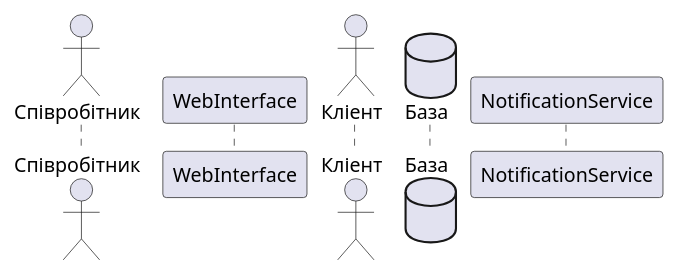
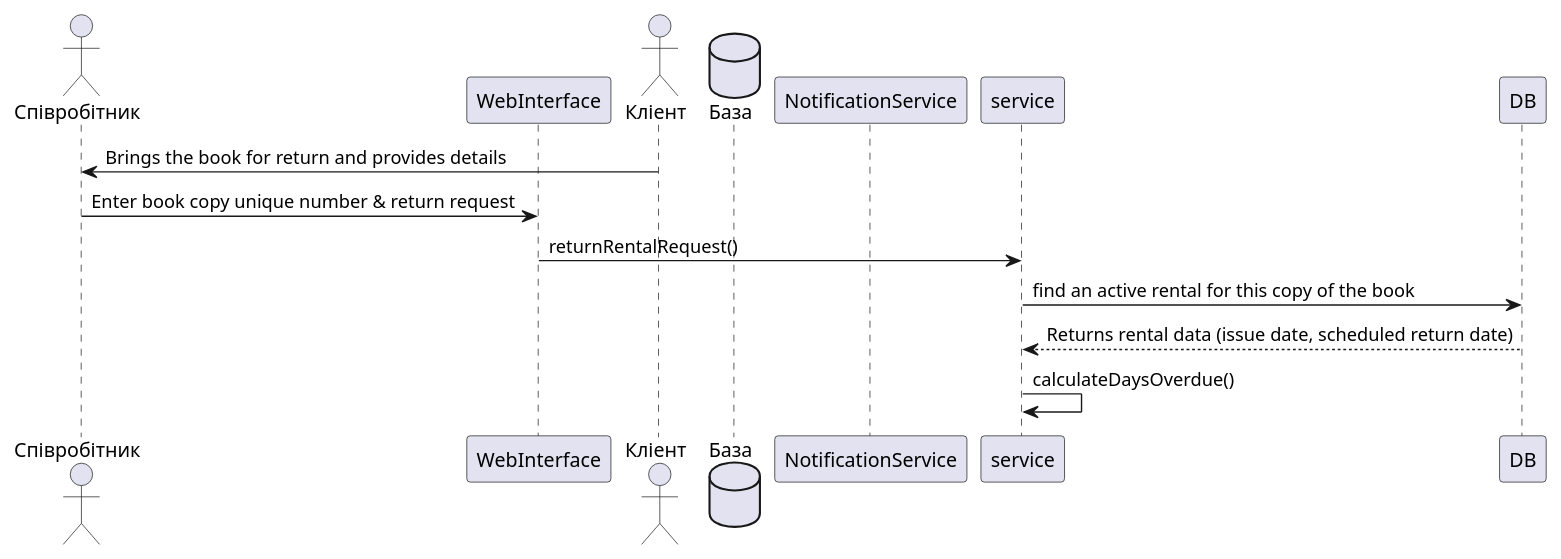
The second of 2 diagrams in task3/sequence.puml (sofiakiosova37-boop/bookshop_kpi2), drawn with PlantUML before and after one commit.

Commit message:
started scenario 3

```diff
--- a/task3/sequence.puml
+++ b/task3/sequence.puml
@@ -61,8 +61,15 @@
 @startuml
 actor Співробітник as staff 
 participant WebInterface as ui
 actor Кліент as customer
 database База as Database
 participant NotificationService as notif
 
+customer -> staff: Brings the book for return and provides details
+staff -> ui: Enter book copy unique number & return request
+ui -> service: returnRentalRequest()
+service -> DB: find an active rental for this copy of the book
+service <-- DB: Returns rental data (issue date, scheduled return date)
+service -> service: calculateDaysOverdue() 
+
 @enduml
```
